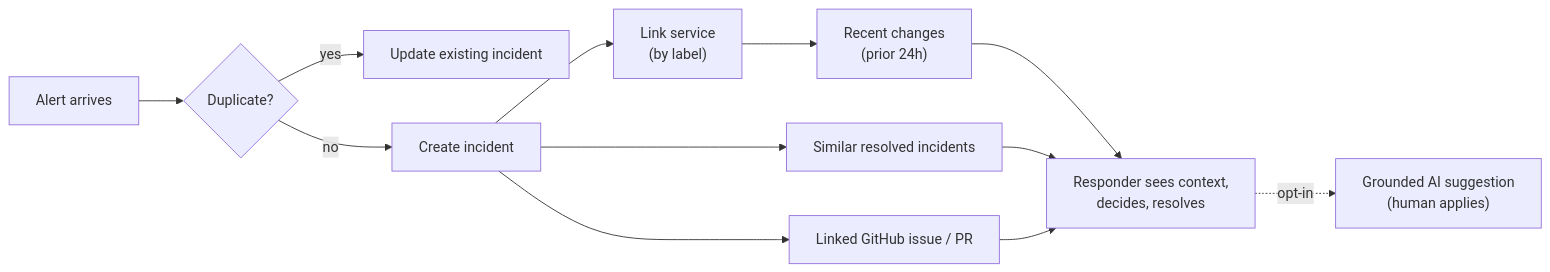
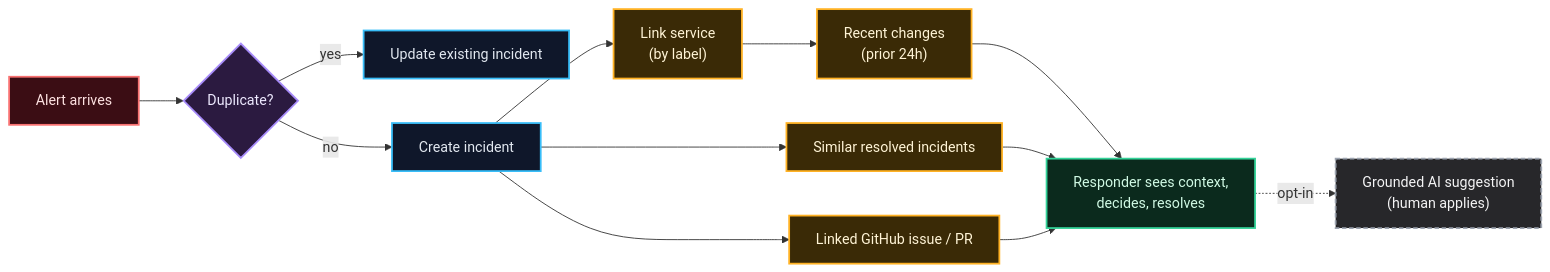
One commit to aayushtiwari307/incident-intelligence-platform changed the third of 3 diagrams in README.md. Above: the diagram before and after it, drawn with Mermaid. The commit also changed other lines of this file, not shown here.

````diff
--- a/README.md
+++ b/README.md
@@ -175,12 +248,25 @@
 ```mermaid
 flowchart LR
   A["Alert arrives"] --> B{"Duplicate?"}
   B -->|"yes"| C["Update existing incident"]
   B -->|"no"| D["Create incident"]
   D --> E["Link service<br/>(by label)"]
   E --> F["Recent changes<br/>(prior 24h)"]
   D --> G["Similar resolved incidents"]
   D --> H["Linked GitHub issue / PR"]
   F & G & H --> I["Responder sees context,<br/>decides, resolves"]
   I -. "opt-in" .-> J["Grounded AI suggestion<br/>(human applies)"]
+
+  classDef trigger fill:#3b0d14,stroke:#f87171,stroke-width:2px,color:#fee2e2
+  classDef decision fill:#2b1a40,stroke:#a78bfa,stroke-width:2px,color:#ede9fe
+  classDef step fill:#0f172a,stroke:#38bdf8,stroke-width:2px,color:#e2e8f0
+  classDef context fill:#3a2a06,stroke:#FFB224,stroke-width:2px,color:#fff4d6
+  classDef outcome fill:#0b2a1d,stroke:#34d399,stroke-width:2px,color:#d1fae5
+  classDef ai fill:#27272a,stroke:#9ca3af,stroke-width:2px,stroke-dasharray:5 3,color:#f4f4f5
+  class A trigger
+  class B decision
+  class C,D step
+  class E,F,G,H context
+  class I outcome
+  class J ai
 ```
````
